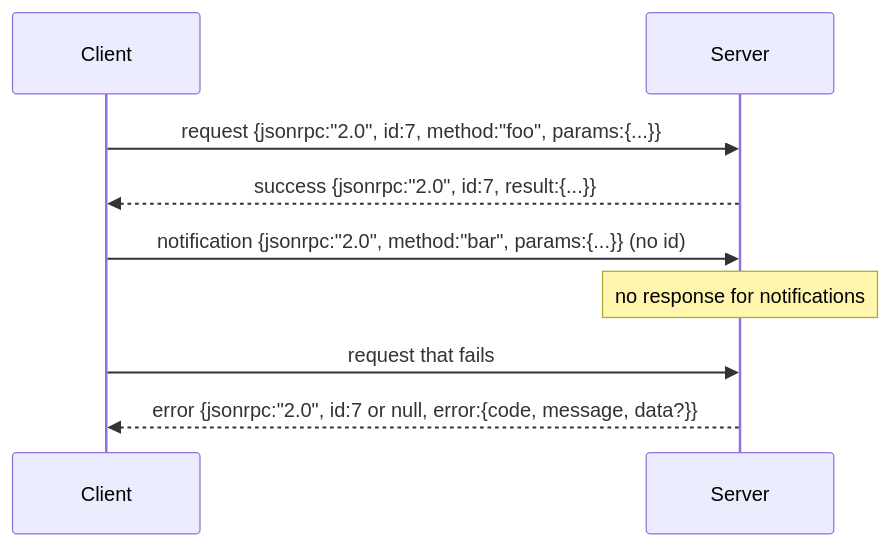
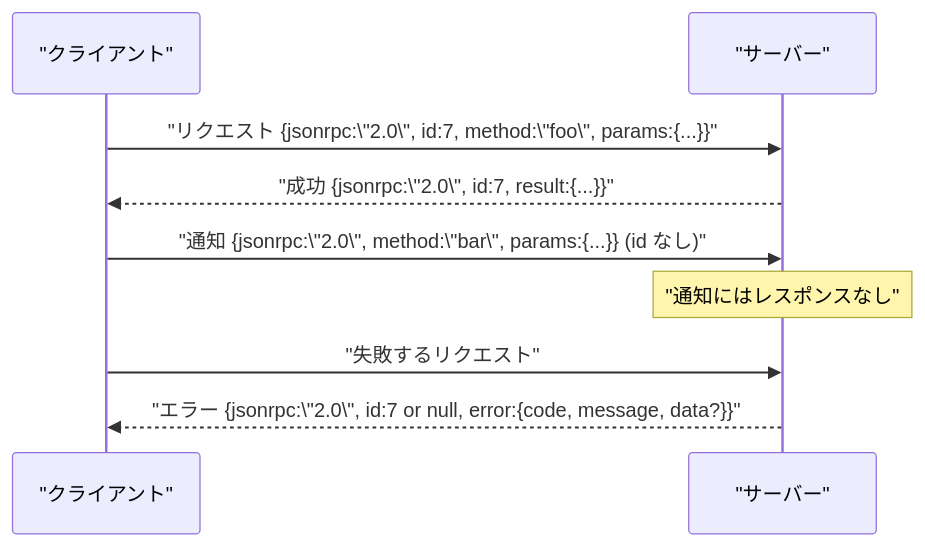
The diagram in content/phases/19-capstone-projects/22-jsonrpc-stdio-transport/lesson.ja.md (shoshoshomen/synapse-academy), drawn with Mermaid before and after one commit. The commit also changed 124 other files, not shown here.

First line of the commit message:
feat(i18n): mermaid図のラベルを日本語化(194レッスン/374図)

````diff
--- a/content/phases/19-capstone-projects/22-jsonrpc-stdio-transport/lesson.ja.md
+++ b/content/phases/19-capstone-projects/22-jsonrpc-stdio-transport/lesson.ja.md
@@ -23,11 +23,11 @@
 ```mermaid
 sequenceDiagram
-    participant Client
-    participant Server
-    Client->>Server: request {jsonrpc:"2.0", id:7, method:"foo", params:{...}}
-    Server-->>Client: success {jsonrpc:"2.0", id:7, result:{...}}
-    Client->>Server: notification {jsonrpc:"2.0", method:"bar", params:{...}} (no id)
-    Note over Server: no response for notifications
-    Client->>Server: request that fails
-    Server-->>Client: error {jsonrpc:"2.0", id:7 or null, error:{code, message, data?}}
+    participant Client as "クライアント"
+    participant Server as "サーバー"
+    Client->>Server: "リクエスト {jsonrpc:\"2.0\", id:7, method:\"foo\", params:{...}}"
+    Server-->>Client: "成功 {jsonrpc:\"2.0\", id:7, result:{...}}"
+    Client->>Server: "通知 {jsonrpc:\"2.0\", method:\"bar\", params:{...}} (id なし)"
+    Note over Server: "通知にはレスポンスなし"
+    Client->>Server: "失敗するリクエスト"
+    Server-->>Client: "エラー {jsonrpc:\"2.0\", id:7 or null, error:{code, message, data?}}"
 ```
````
